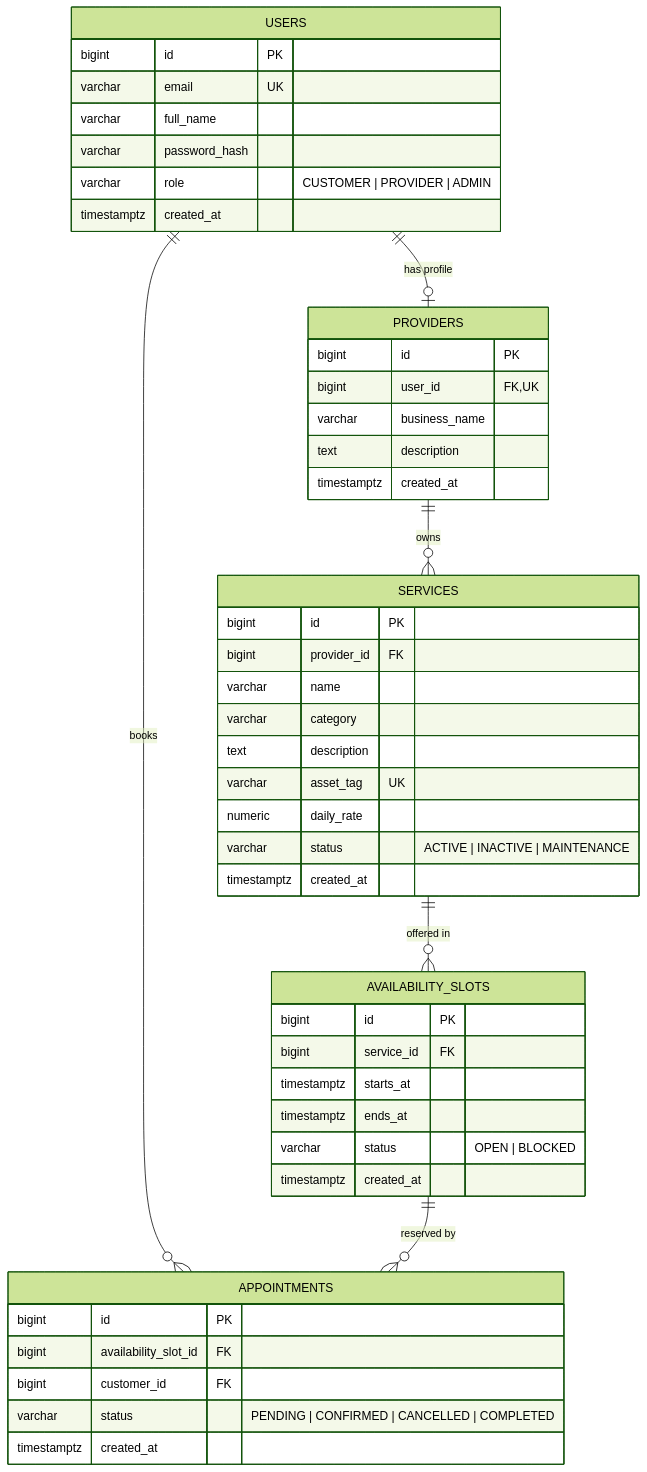
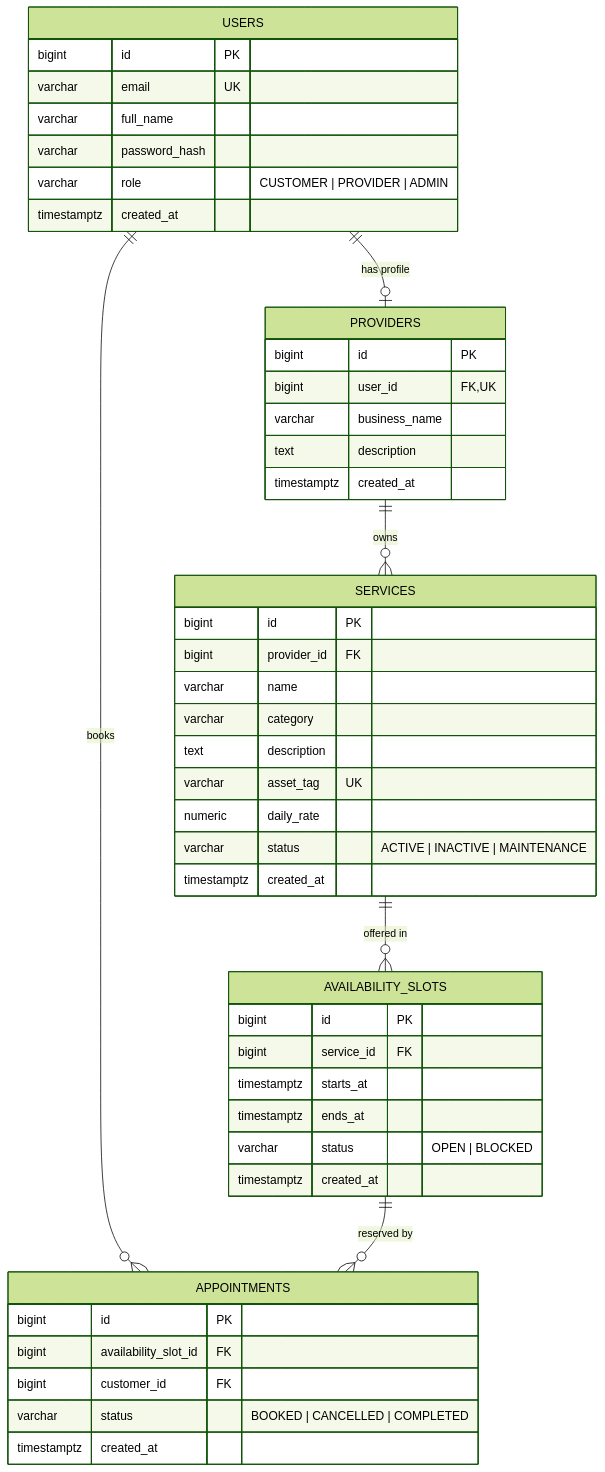
One commit to weslayer/cmpe172 changed the diagram in docs/er-diagram.md. Above: the diagram before and after it, drawn with Mermaid (forest theme). The commit also changed 5 other files, not shown here.

````diff
--- a/docs/er-diagram.md
+++ b/docs/er-diagram.md
@@ -3,54 +3,54 @@
 ```mermaid
 erDiagram
     USERS ||--o| PROVIDERS : "has profile"
     USERS ||--o{ APPOINTMENTS : "books"
     PROVIDERS ||--o{ SERVICES : "owns"
     SERVICES ||--o{ AVAILABILITY_SLOTS : "offered in"
     AVAILABILITY_SLOTS ||--o{ APPOINTMENTS : "reserved by"
 
     USERS {
         bigint id PK
         varchar email UK
         varchar full_name
         varchar password_hash
         varchar role "CUSTOMER | PROVIDER | ADMIN"
         timestamptz created_at
     }
 
     PROVIDERS {
         bigint id PK
         bigint user_id FK,UK
         varchar business_name
         text description
         timestamptz created_at
     }
 
     SERVICES {
         bigint id PK
         bigint provider_id FK
         varchar name
         varchar category
         text description
         varchar asset_tag UK
         numeric daily_rate
         varchar status "ACTIVE | INACTIVE | MAINTENANCE"
         timestamptz created_at
     }
 
     AVAILABILITY_SLOTS {
         bigint id PK
         bigint service_id FK
         timestamptz starts_at
         timestamptz ends_at
         varchar status "OPEN | BLOCKED"
         timestamptz created_at
     }
 
     APPOINTMENTS {
         bigint id PK
         bigint availability_slot_id FK
         bigint customer_id FK
-        varchar status "PENDING | CONFIRMED | CANCELLED | COMPLETED"
+        varchar status "BOOKED | CANCELLED | COMPLETED"
         timestamptz created_at
     }
 ```
````
